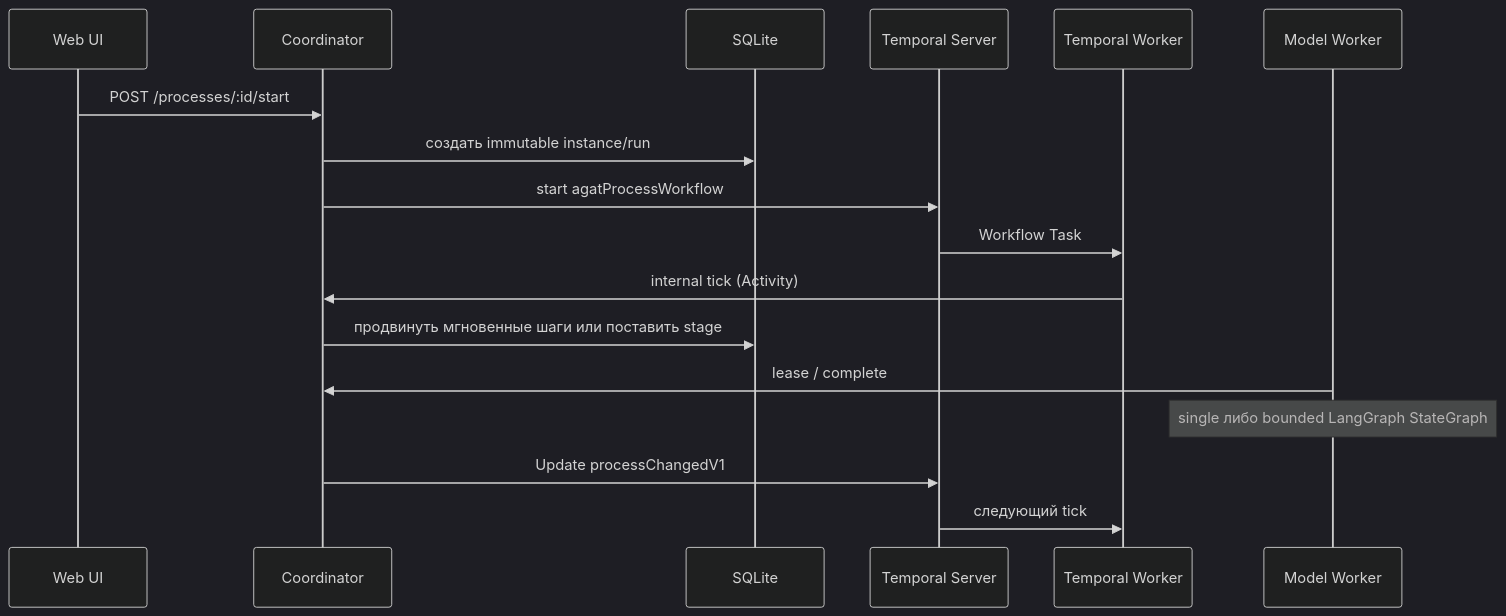
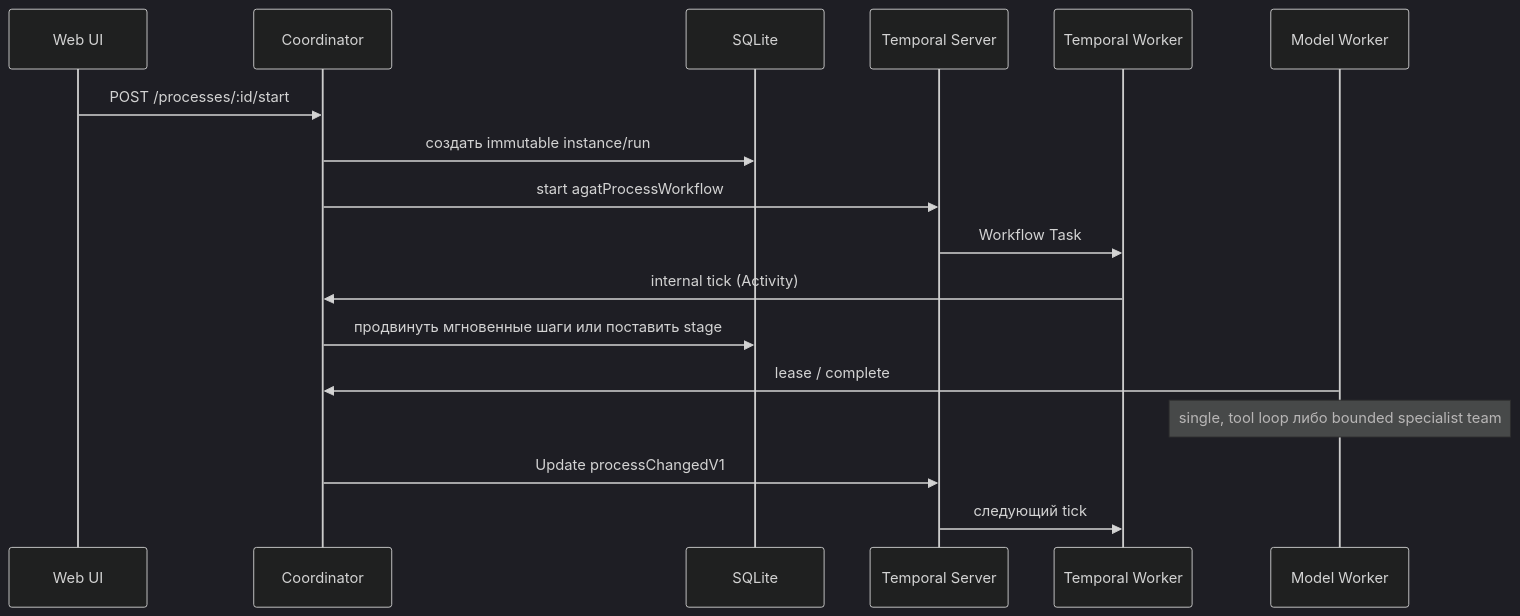
The diagram in docs/durable-runtime.md (Solutions-of-Security/Agat), drawn with Mermaid (dark theme) before and after one commit. The commit also changed other lines of this file and 43 other files, not shown here.

Commit message:
Release LangGraph specialist teams 1.3

````diff
--- a/docs/durable-runtime.md
+++ b/docs/durable-runtime.md
@@ -14,20 +14,20 @@
 ```mermaid
 sequenceDiagram
     participant UI as Web UI
     participant API as Coordinator
     participant DB as SQLite
     participant T as Temporal Server
     participant TW as Temporal Worker
     participant W as Model Worker
 
     UI->>API: POST /processes/:id/start
     API->>DB: создать immutable instance/run
     API->>T: start agatProcessWorkflow
     T->>TW: Workflow Task
     TW->>API: internal tick (Activity)
     API->>DB: продвинуть мгновенные шаги или поставить stage
     W->>API: lease / complete
-    Note over W: single либо bounded LangGraph StateGraph
+    Note over W: single, tool loop либо bounded specialist team
     API->>T: Update processChangedV1
     T->>TW: следующий tick
 ```
````
